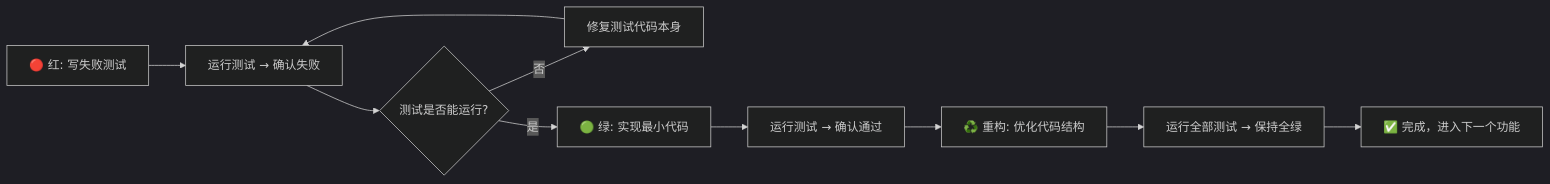
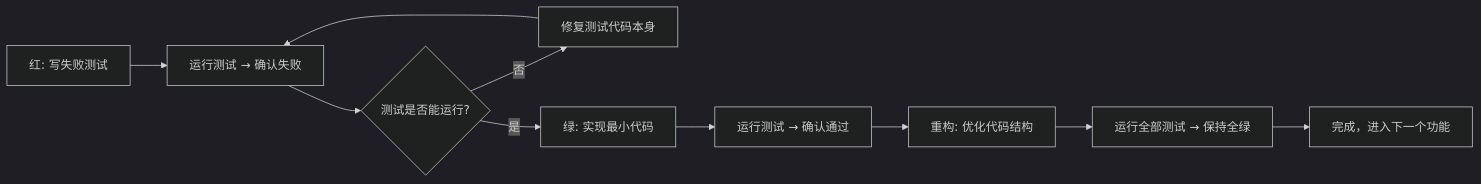
Before and after one commit to cqlwm/smart-trader: the diagram in AGENTS.md, drawn with Mermaid (dark theme). The commit also changed other lines of this file, not shown here.

````diff
--- a/AGENTS.md
+++ b/AGENTS.md
@@ -172,12 +94,12 @@
 ```mermaid
 flowchart LR
-    A[🔴 红: 写失败测试] --> B[运行测试 → 确认失败]
+    A[红: 写失败测试] --> B[运行测试 → 确认失败]
     B --> C{测试是否能运行?}
     C -->|否| D[修复测试代码本身]
     D --> B
-    C -->|是| E[🟢 绿: 实现最小代码]
+    C -->|是| E[绿: 实现最小代码]
     E --> F[运行测试 → 确认通过]
-    F --> G[♻️ 重构: 优化代码结构]
+    F --> G[重构: 优化代码结构]
     G --> H[运行全部测试 → 保持全绿]
-    H --> I[✅ 完成，进入下一个功能]
+    H --> I[完成，进入下一个功能]
 ```
````
